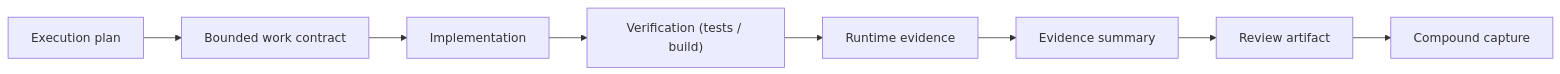
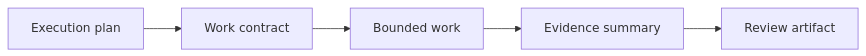
Before and after one commit to jnPiyush/AgentX: the first of 2 diagrams in .github/templates/CONTRACT-TEMPLATE.md, drawn with Mermaid. The commit also changed other lines of this file and 339 other files, not shown here.

````diff
--- a/.github/templates/CONTRACT-TEMPLATE.md
+++ b/.github/templates/CONTRACT-TEMPLATE.md
@@ -75,10 +25,7 @@
 ```mermaid
 flowchart LR
-    Plan["Execution plan"] --> Contract["Bounded work contract"]
-    Contract --> Impl["Implementation"]
-    Impl --> Verify["Verification (tests / build)"]
-    Verify --> Runtime["Runtime evidence"]
-    Runtime --> Evidence["Evidence summary"]
-    Evidence --> Review["Review artifact"]
-    Review --> Capture["Compound capture"]
+    Plan[Execution plan] --> Contract[Work contract]
+    Contract --> Build[Bounded work]
+    Build --> Evidence[Evidence summary]
+    Evidence --> Review[Review artifact]
 ```
````
